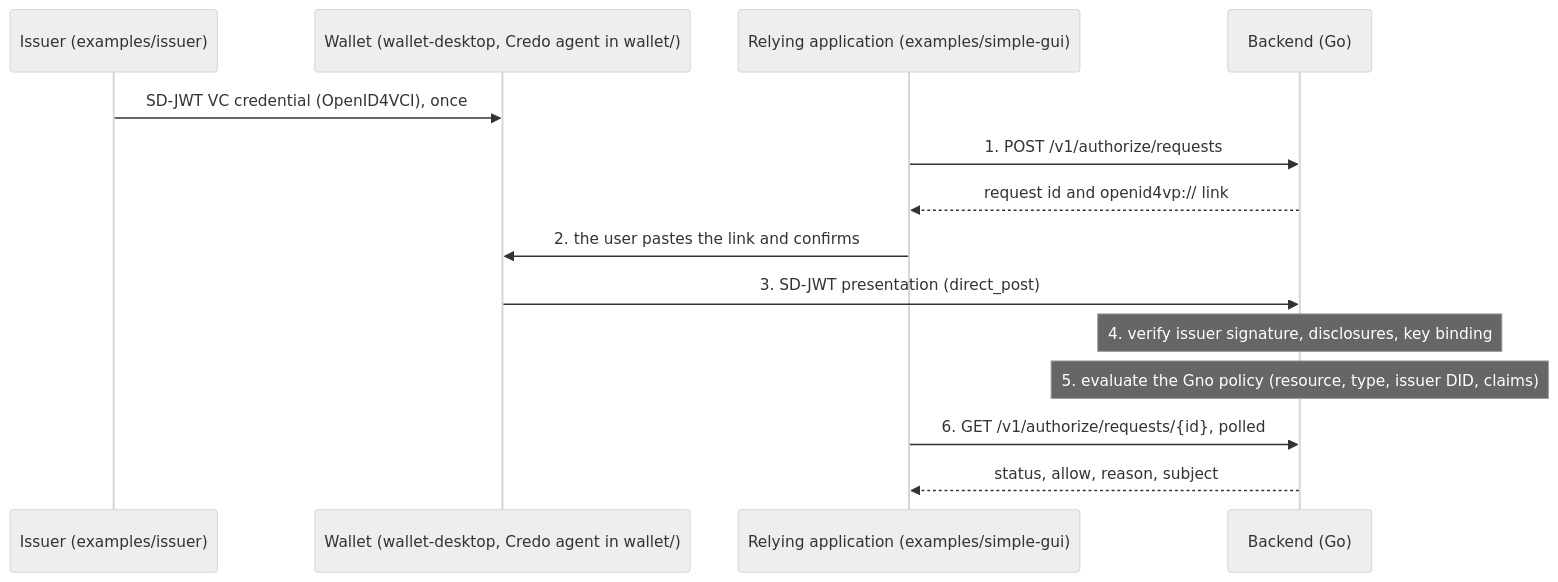
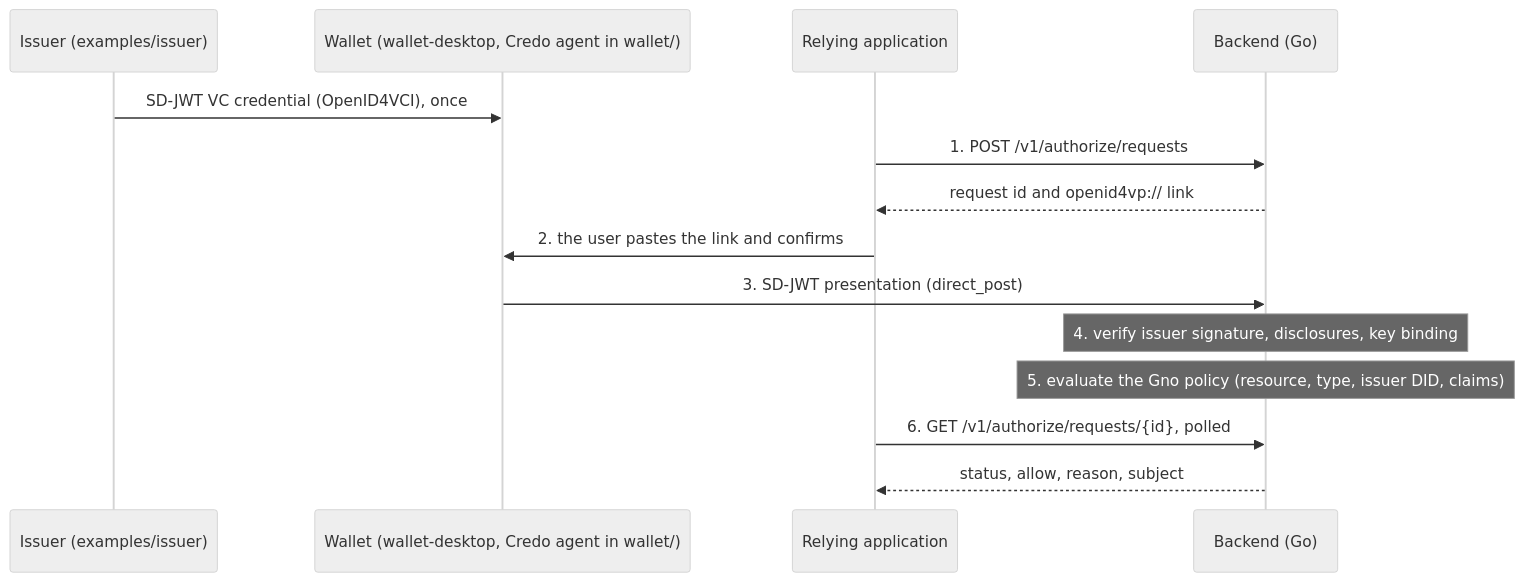
Before and after one commit to threehook/attesta: the diagram in docs/architecture.md, drawn with Mermaid (neutral theme). The commit also changed other lines of this file and 29 other files, not shown here.

First line of the commit message:
Remove simple-gui and what only it used

````diff
--- a/docs/architecture.md
+++ b/docs/architecture.md
@@ -14,17 +14,17 @@
 ```mermaid
 sequenceDiagram
     participant I as Issuer (examples/issuer)
     participant W as Wallet (wallet-desktop, Credo agent in wallet/)
-    participant A as Relying application (examples/simple-gui)
+    participant A as Relying application
     participant B as Backend (Go)
 
     I->>W: SD-JWT VC credential (OpenID4VCI), once
     A->>B: 1. POST /v1/authorize/requests
     B-->>A: request id and openid4vp:// link
     A->>W: 2. the user pastes the link and confirms
     W->>B: 3. SD-JWT presentation (direct_post)
     Note over B: 4. verify issuer signature, disclosures, key binding
     Note over B: 5. evaluate the Gno policy (resource, type, issuer DID, claims)
     A->>B: 6. GET /v1/authorize/requests/{id}, polled
     B-->>A: status, allow, reason, subject
 ```
````
